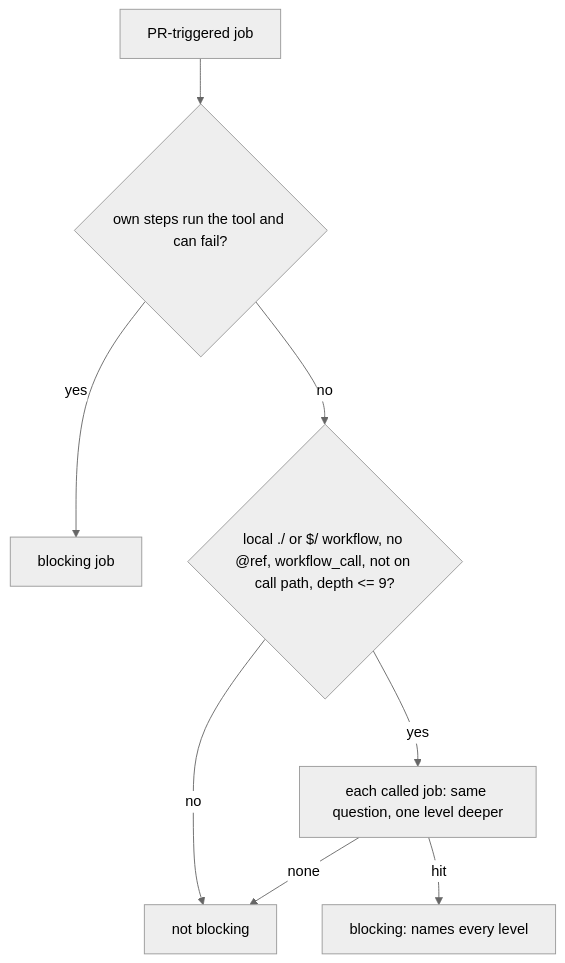
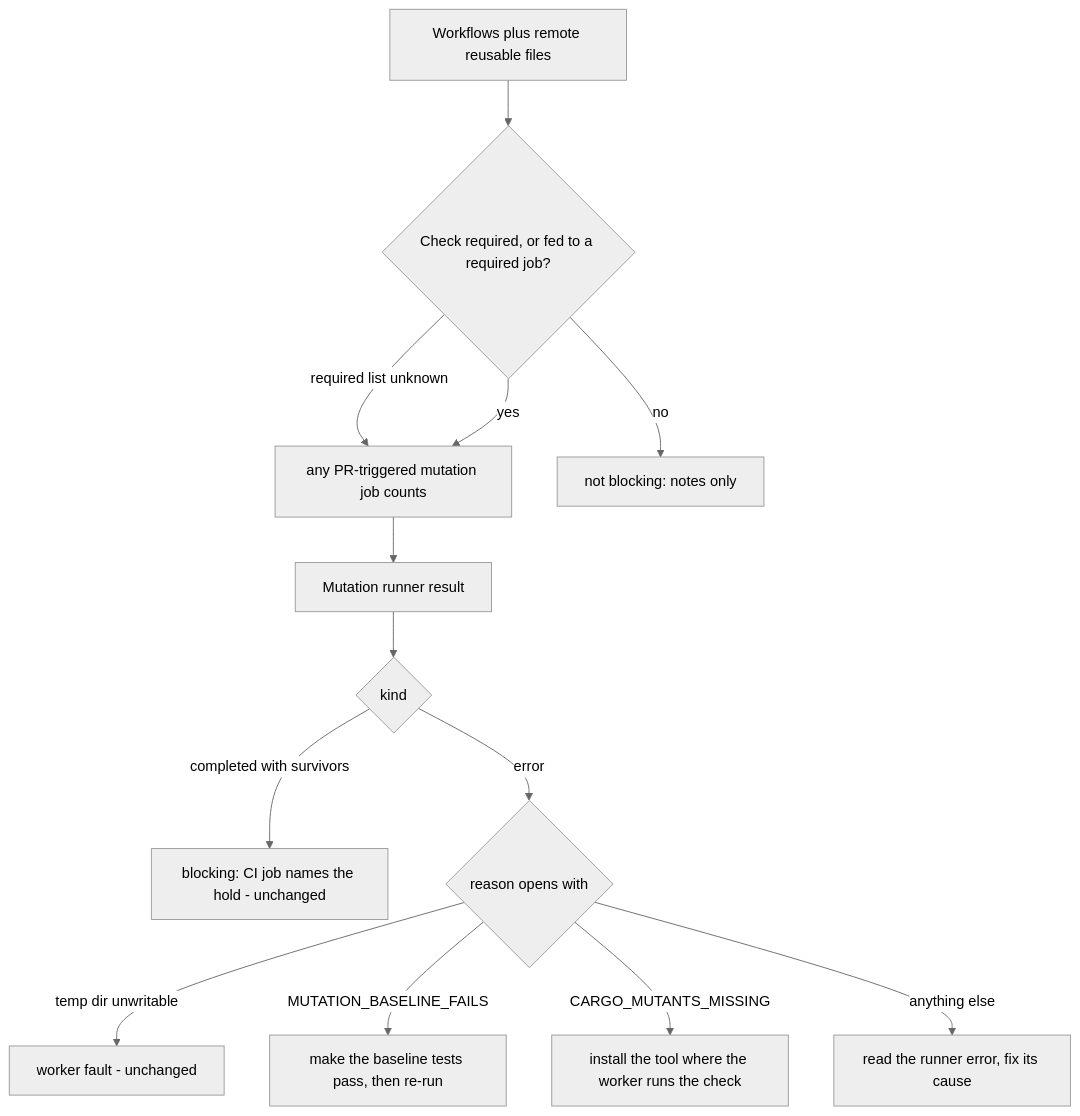
The diagram in docs/archive/pr-summaries/pr-summary-4617.md (stSoftwareAU/VibeCoder), drawn with Mermaid (neutral theme) before and after one commit. The commit also changed other lines of this file and 20 other files, not shown here.

First line of the commit message:
The mutation check reports surviving mutants as reviewer notes but CI's mutants job blocks: fix them before raising the PR (Issue #4617) (#4838)

````diff
--- a/docs/archive/pr-summaries/pr-summary-4617.md
+++ b/docs/archive/pr-summaries/pr-summary-4617.md
@@ -17,10 +46,15 @@
 ```mermaid
 flowchart TD
-    J[PR-triggered job] --> S{own steps run the tool and can fail?}
-    S -- yes --> B[blocking job]
-    S -- no --> U{local ./ or $/ workflow, no @ref, workflow_call, not on call path, depth <= 9?}
-    U -- no --> N[not blocking]
-    U -- yes --> C[each called job: same question, one level deeper]
-    C -- hit --> B2[blocking: names every level]
-    C -- none --> N
+    L[Workflows plus remote reusable files] --> Q{Check required, or fed to a required job?}
+    Q -- "required list unknown" --> J[any PR-triggered mutation job counts]
+    Q -- yes --> J
+    Q -- no --> NB[not blocking: notes only]
+    J --> R[Mutation runner result]
+    R --> K{kind}
+    K -- completed with survivors --> S[blocking: CI job names the hold - unchanged]
+    K -- error --> W{reason opens with}
+    W -- temp dir unwritable --> F[worker fault - unchanged]
+    W -- MUTATION_BASELINE_FAILS --> A1[make the baseline tests pass, then re-run]
+    W -- CARGO_MUTANTS_MISSING --> A2[install the tool where the worker runs the check]
+    W -- anything else --> A3[read the runner error, fix its cause]
 ```
````
